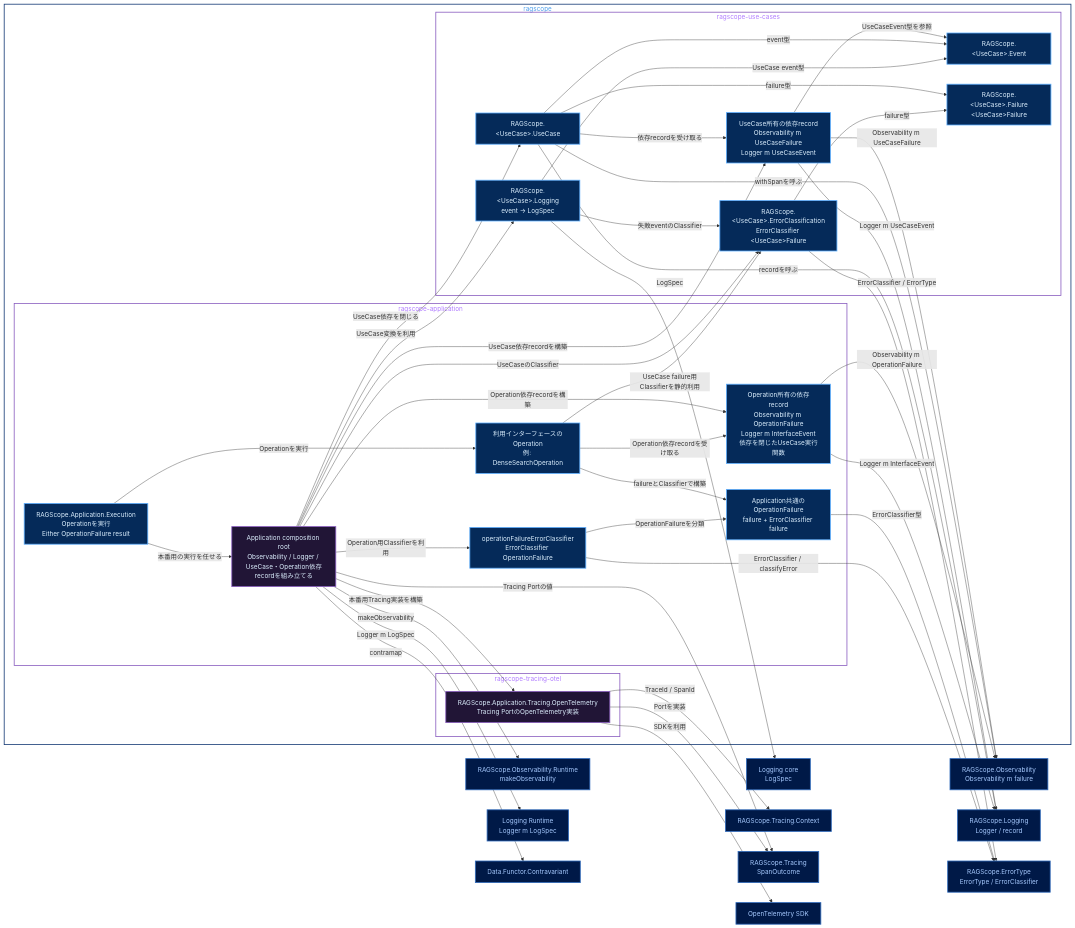
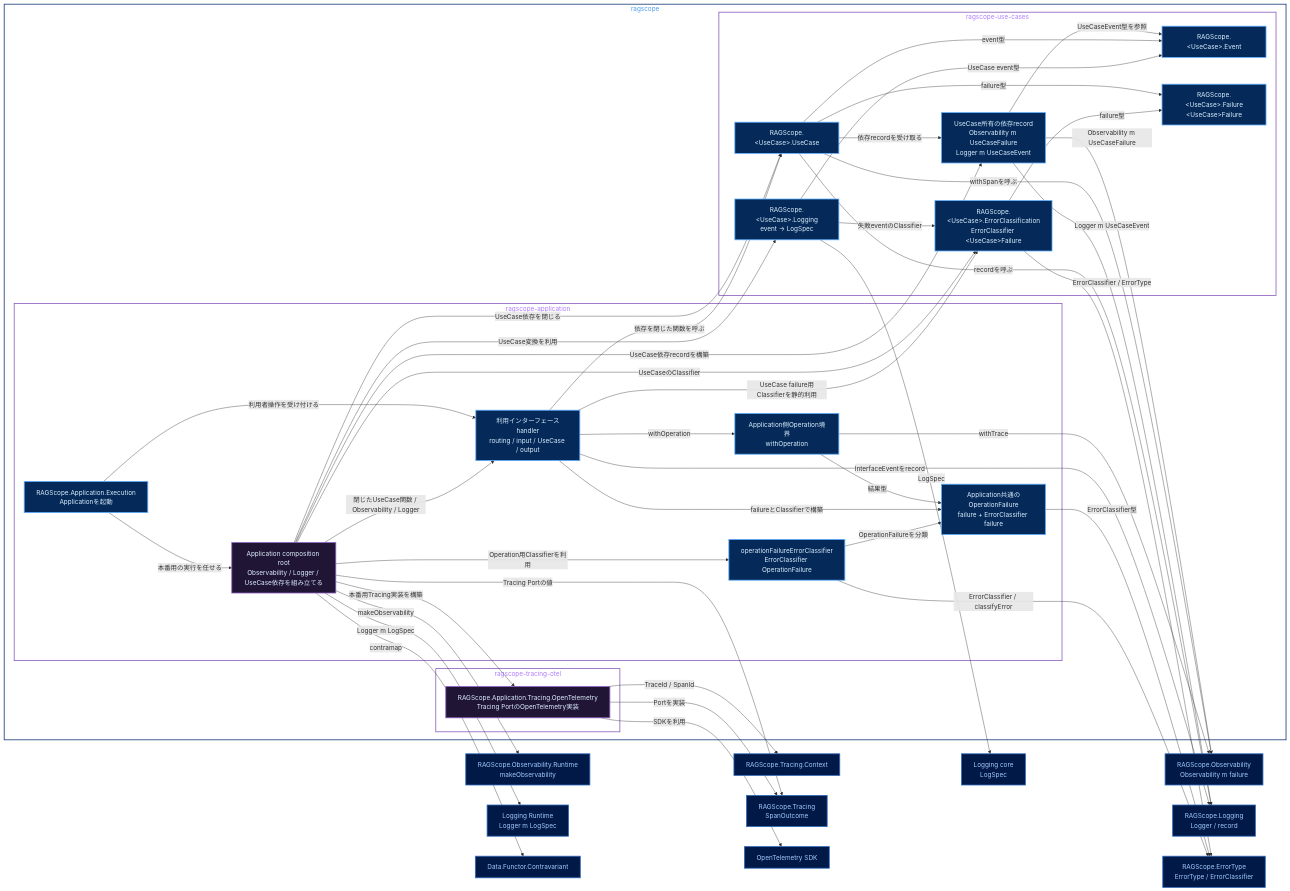
Before and after one commit to takashit16833/Workbench: the diagram in Notes/RAGScope/RAGScopeアプリケーション/実行追跡・構造化ログ静的依存図 Application・UseCase.md, drawn with Mermaid. The commit also changed other lines of this file and 5 other files, not shown here.

Commit message:
docs: align operation boundary notes

```diff
--- a/Notes/RAGScope/RAGScopeアプリケーション/実行追跡・構造化ログ静的依存図 Application・UseCase.md
+++ b/Notes/RAGScope/RAGScopeアプリケーション/実行追跡・構造化ログ静的依存図 Application・UseCase.md
@@ -24,10 +26,10 @@
 flowchart LR
     subgraph pkg_ragscope["ragscope"]
         subgraph app["ragscope-application"]
-            app_exec["RAGScope.Application.Execution<br/>Operationを実行<br/>Either OperationFailure result"]
-            composition["Application composition root<br/>Observability / Logger / UseCase・Operation依存recordを組み立てる"]
-            interface_op["利用インターフェースのOperation<br/>例: DenseSearchOperation"]
-            operation_deps["Operation所有の依存record<br/>Observability m OperationFailure<br/>Logger m InterfaceEvent<br/>依存を閉じたUseCase実行関数"]
+            app_exec["RAGScope.Application.Execution<br/>Applicationを起動"]
+            composition["Application composition root<br/>Observability / Logger / UseCase依存を組み立てる"]
+            handler["利用インターフェースhandler<br/>routing / input / UseCase / output"]
+            operation_boundary["Application側Operation境界<br/>withOperation"]
             operation_failure["Application共通のOperationFailure<br/>failure + ErrorClassifier failure"]
             operation_classifier["operationFailureErrorClassifier<br/>ErrorClassifier OperationFailure"]
         end
@@ -55,24 +57,25 @@
     sdk["OpenTelemetry SDK"]
 
     app_exec -->|本番用の実行を任せる| composition
-    app_exec -->|Operationを実行| interface_op
+    app_exec -->|利用者操作を受け付ける| handler
     composition -->|UseCaseのClassifier| usecase_classifier
     composition -->|UseCase変換を利用| usecase_logging
     composition -->|UseCase依存recordを構築| usecase_deps
     composition -->|UseCase依存を閉じる| usecase_body
-    composition -->|Operation依存recordを構築| operation_deps
     composition -->|makeObservability| obs_runtime
     composition -->|Tracing Portの値| tracing
     composition -->|Logger m LogSpec| logging_runtime
     composition -->|contramap| contravariant
     composition -->|本番用Tracing実装を構築| otel_adapter
+    composition -->|閉じたUseCase関数 / Observability / Logger| handler
 
-    interface_op -->|Operation依存recordを受け取る| operation_deps
-    interface_op -->|failureとClassifierで構築| operation_failure
-    interface_op -->|UseCase failure用Classifierを静的利用| usecase_classifier
-
-    operation_deps -->|Observability m OperationFailure| obs
-    operation_deps -->|Logger m InterfaceEvent| logger
+    handler -->|withOperation| operation_boundary
+    operation_boundary -->|withTrace| obs
+    operation_boundary -->|結果型| operation_failure
+    handler -->|依存を閉じた関数を呼ぶ| usecase_body
+    handler -->|failureとClassifierで構築| operation_failure
+    handler -->|UseCase failure用Classifierを静的利用| usecase_classifier
+    handler -->|InterfaceEventをrecord| logger
 
     operation_failure -->|ErrorClassifier型| error_type
     operation_classifier -->|OperationFailureを分類| operation_failure
@@ -101,7 +104,7 @@
     classDef public fill:#052A59,stroke:#5EAFFF,color:#DDF0FF,stroke-width:2px
     classDef private fill:#211536,stroke:#8A5EC0,color:#DDF0FF,stroke-width:2px
     classDef outside fill:#001947,stroke:#316CBD,color:#A6CAFF,stroke-width:2px
-    class app_exec,interface_op,operation_deps,operation_failure,operation_classifier,usecase_body,usecase_deps,usecase_event,usecase_failure,usecase_classifier,usecase_logging public
+    class app_exec,handler,operation_boundary,operation_failure,operation_classifier,usecase_body,usecase_deps,usecase_event,usecase_failure,usecase_classifier,usecase_logging public
     class composition,otel_adapter private
     class obs,obs_runtime,logger,logspec,logging_runtime,context,tracing,error_type,contravariant,sdk outside
     style pkg_ragscope fill:transparent,stroke:#153A75,color:#4C9EEB,stroke-width:2px
```
